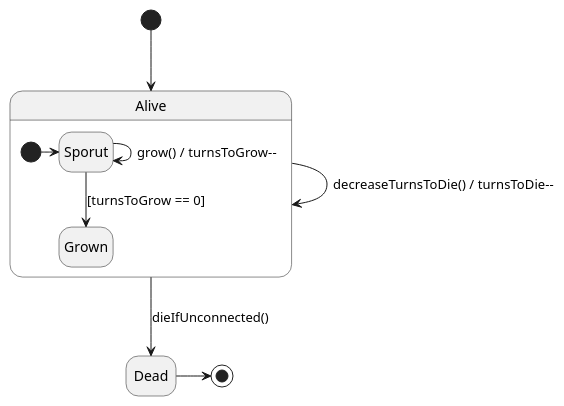
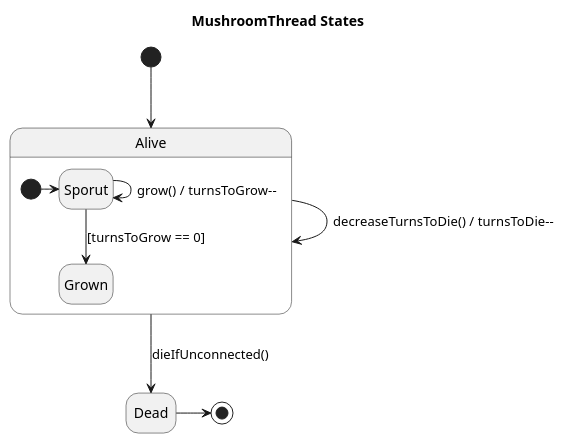
The diagram in diagrams/state/mushroom/mushroomThread.wsd (dzsem/projlab), drawn with PlantUML before and after one commit. The commit also changed 1 other file, not shown here.

Commit message:
Added titles to state-charts

```diff
--- a/diagrams/state/mushroom/mushroomThread.wsd
+++ b/diagrams/state/mushroom/mushroomThread.wsd
@@ -1,23 +1,25 @@
 @startuml Mushrooom Thread States
+title MushroomThread States
+
 hide empty description
 
 [*] --> Alive
 
 state Alive {
     state Sporut
     state Grown
 
     [*] -> Sporut
     Sporut -> Sporut: grow() / turnsToGrow--
     Sporut -down-> Grown: [turnsToGrow == 0]
 }
 
 state Dead
 
 Alive -> Alive: decreaseTurnsToDie() / turnsToDie--
 Alive -down-> Dead: dieIfUnconnected() 
 
 Dead -> [*]
 
 
 @enduml
```
